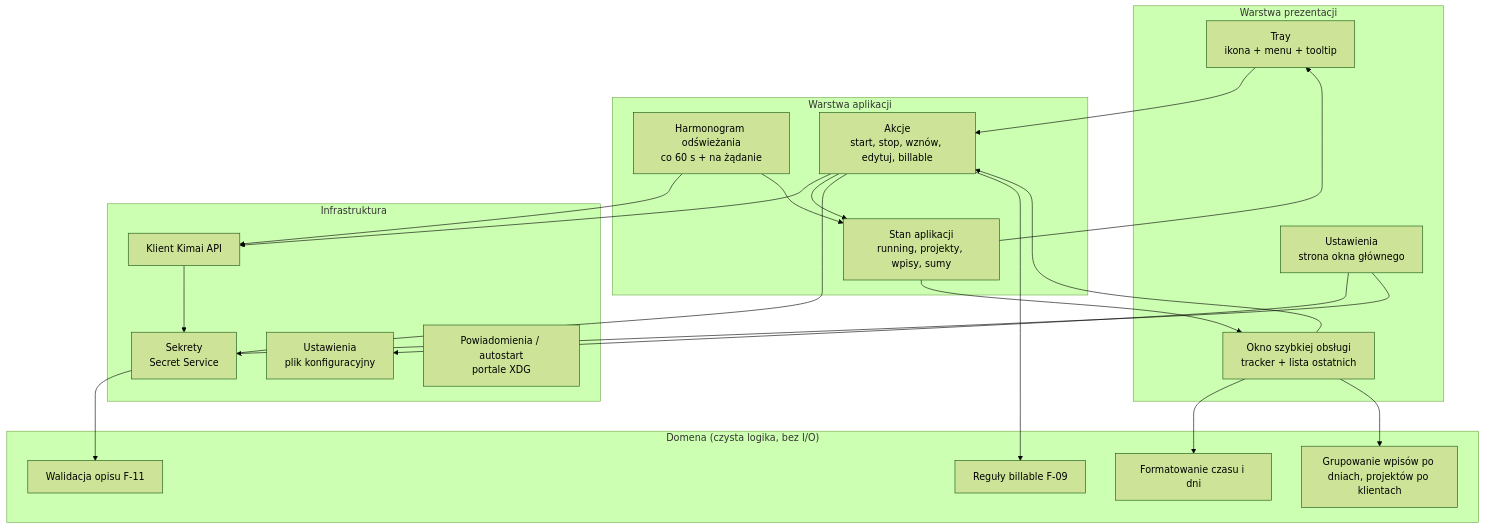
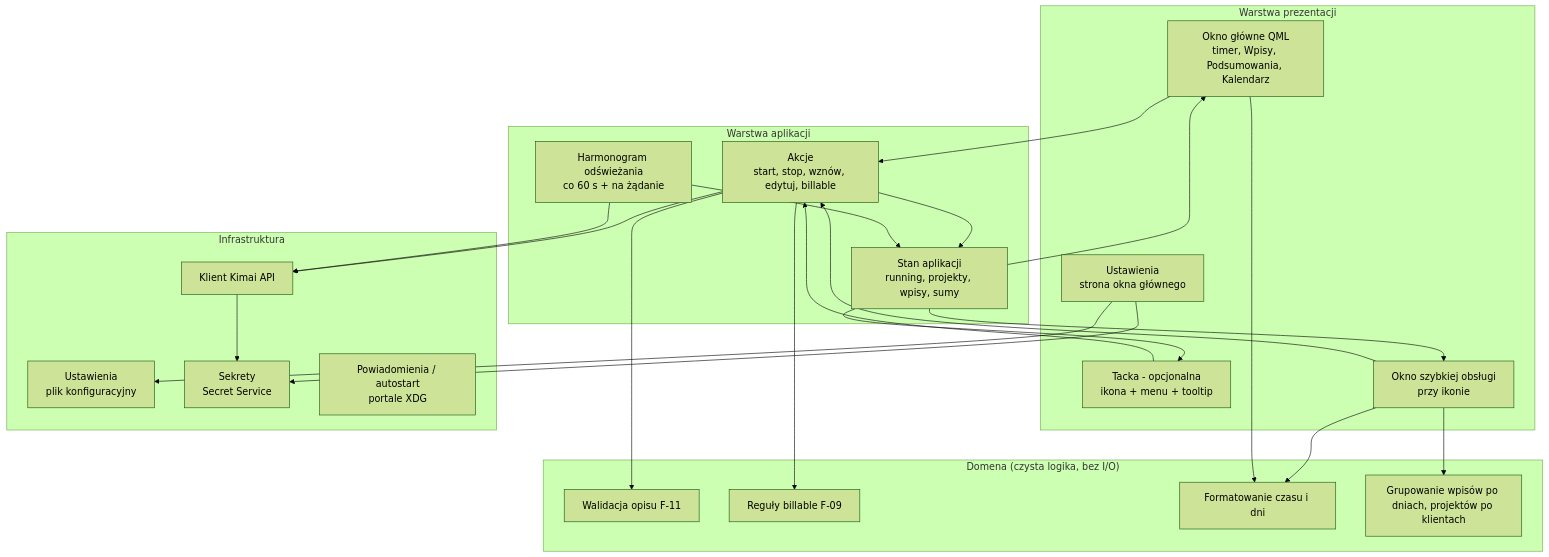
The first of 4 diagrams in docs/architektura/architektura-aplikacji.md (DragonKing026/DK-Tracker-Linux), drawn with Mermaid (forest theme) before and after one commit. The commit also changed other lines of this file and 5 other files, not shown here.

First line of the commit message:
docs: przegląd, indeks, architektura i AGENTS.md — okno główne w centrum, tacka jako szybki dostęp

````diff
--- a/docs/architektura/architektura-aplikacji.md
+++ b/docs/architektura/architektura-aplikacji.md
@@ -19,40 +20,44 @@
 ```mermaid
 flowchart TB
     subgraph UI["Warstwa prezentacji"]
-        TRAY[Tray<br/>ikona + menu + tooltip]
-        WIN[Okno szybkiej obsługi<br/>tracker + lista ostatnich]
+        MAIN[Okno główne QML<br/>timer, Wpisy, Podsumowania, Kalendarz]
         SET[Ustawienia<br/>strona okna głównego]
+        TRAY[Tacka - opcjonalna<br/>ikona + menu + tooltip]
+        WIN[Okno szybkiej obsługi<br/>przy ikonie]
     end
     subgraph APP["Warstwa aplikacji"]
         STORE[Stan aplikacji<br/>running, projekty, wpisy, sumy]
         POLL[Harmonogram odświeżania<br/>co 60 s + na żądanie]
         ACT[Akcje<br/>start, stop, wznów, edytuj, billable]
     end
     subgraph DOM["Domena (czysta logika, bez I/O)"]
         VAL[Walidacja opisu F-11]
         BILL[Reguły billable F-09]
         FMT[Formatowanie czasu i dni]
         GRP[Grupowanie wpisów po dniach, projektów po klientach]
     end
     subgraph INFRA["Infrastruktura"]
         API[Klient Kimai API]
         CFG[Ustawienia<br/>plik konfiguracyjny]
         SEC[Sekrety<br/>Secret Service]
         NOT[Powiadomienia / autostart<br/>portale XDG]
     end
+    MAIN --> ACT
     TRAY --> ACT
     WIN --> ACT
     SET --> CFG
     SET --> SEC
     ACT --> API
     ACT --> STORE
     POLL --> API
     POLL --> STORE
+    STORE --> MAIN
     STORE --> TRAY
     STORE --> WIN
     ACT --> VAL
     ACT --> BILL
     WIN --> FMT
     WIN --> GRP
+    MAIN --> FMT
     API --> SEC
 ```
````
